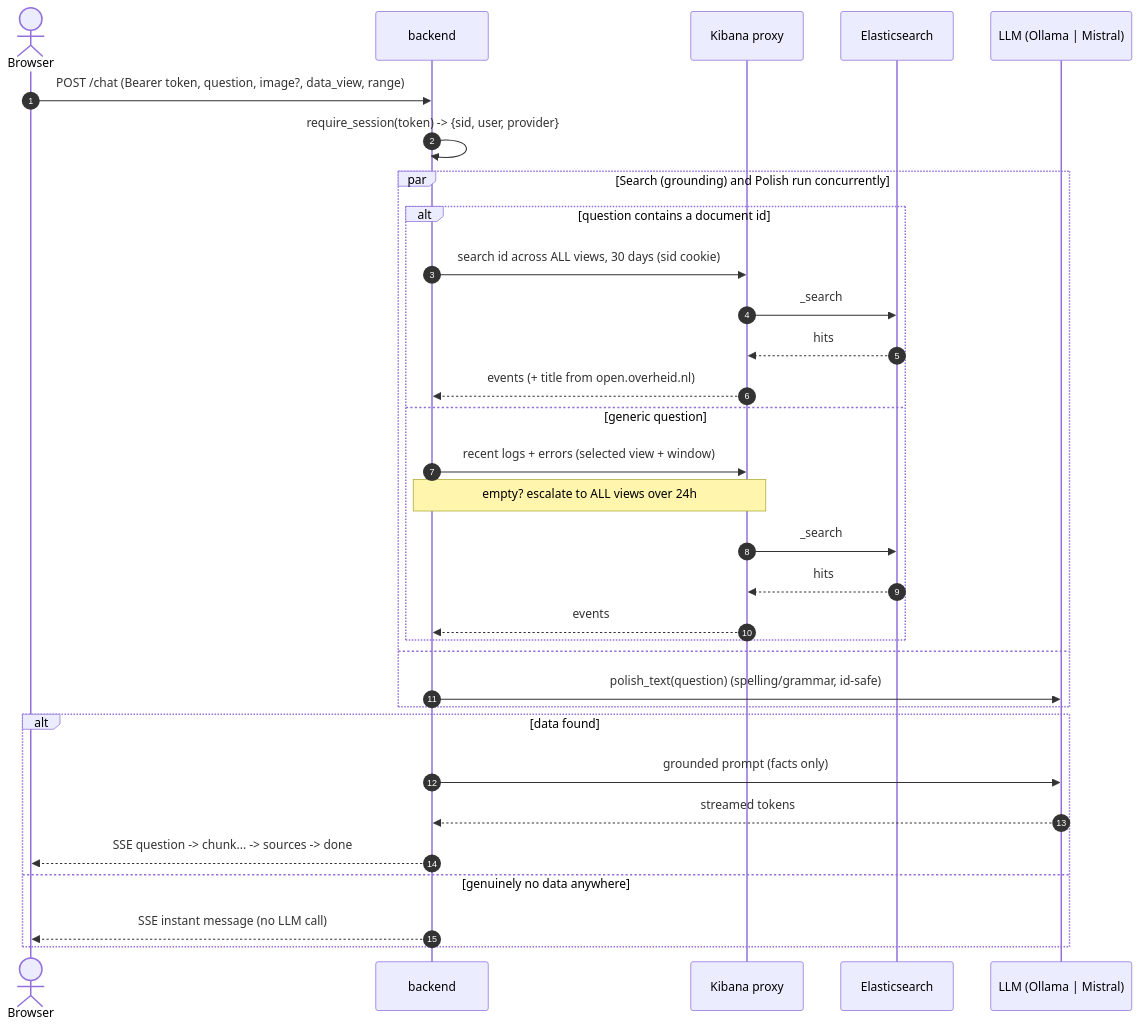
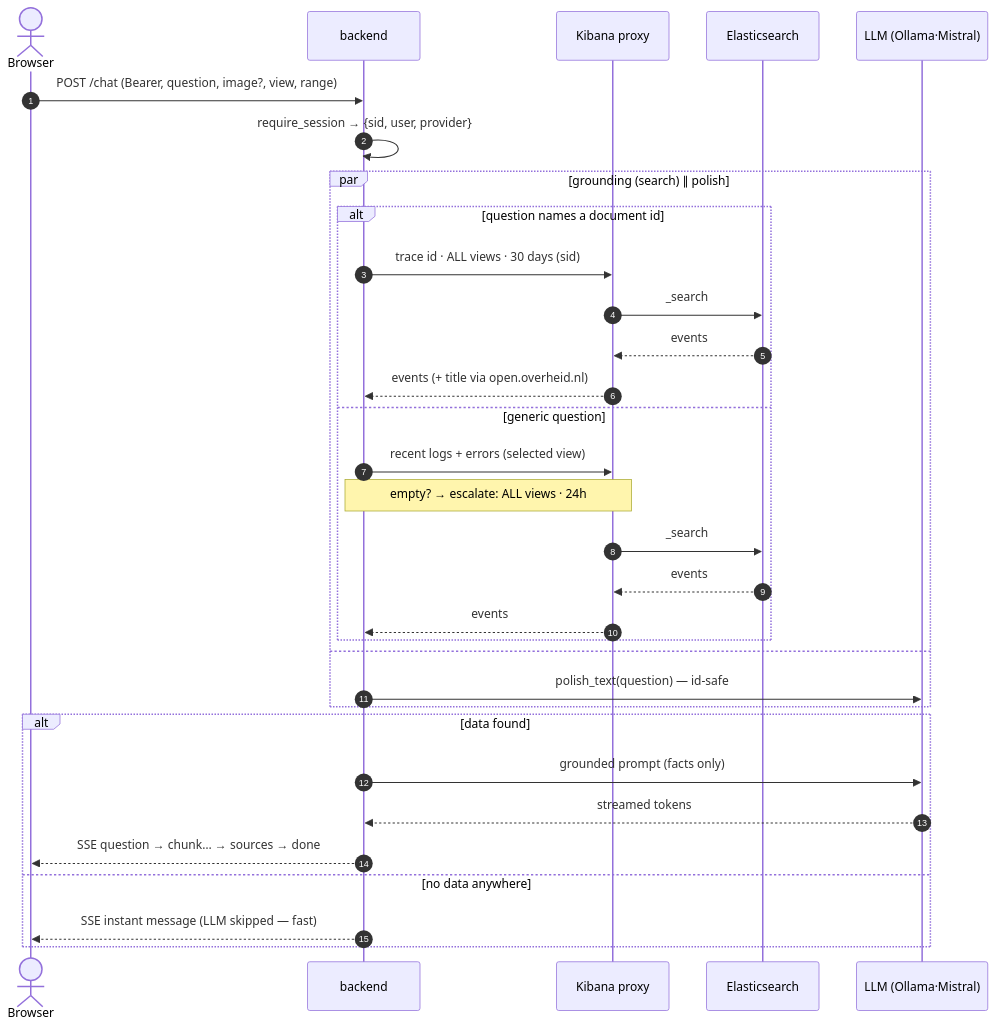
The third of 8 diagrams in docs/KIBANA-OO/Architecture.md (virimbo/kibana-oo), drawn with Mermaid before and after one commit. The commit also changed other lines of this file, not shown here.

First line of the commit message:
docs(architecture): polish — themed diagrams, resilience + triage, quality scorecard

````diff
--- a/docs/KIBANA-OO/Architecture.md
+++ b/docs/KIBANA-OO/Architecture.md
@@ -103,37 +122,37 @@
 ```mermaid
 sequenceDiagram
     autonumber
     actor U as Browser
     participant BE as backend
     participant KB as Kibana proxy
     participant ES as Elasticsearch
-    participant LLM as LLM (Ollama | Mistral)
+    participant LLM as LLM (Ollama·Mistral)
 
-    U->>BE: POST /chat (Bearer token, question, image?, data_view, range)
-    BE->>BE: require_session(token) -> {sid, user, provider}
+    U->>BE: POST /chat (Bearer, question, image?, view, range)
+    BE->>BE: require_session → {sid, user, provider}
 
-    par Search (grounding) and Polish run concurrently
-        alt question contains a document id
-            BE->>KB: search id across ALL views, 30 days (sid cookie)
+    par grounding (search) ∥ polish
+        alt question names a document id
+            BE->>KB: trace id · ALL views · 30 days (sid)
             KB->>ES: _search
-            ES-->>KB: hits
-            KB-->>BE: events  (+ title from open.overheid.nl)
+            ES-->>KB: events
+            KB-->>BE: events  (+ title via open.overheid.nl)
         else generic question
-            BE->>KB: recent logs + errors (selected view + window)
-            Note over BE,KB: empty? escalate to ALL views over 24h
+            BE->>KB: recent logs + errors (selected view)
+            Note over BE,KB: empty? → escalate: ALL views · 24h
             KB->>ES: _search
-            ES-->>KB: hits
+            ES-->>KB: events
             KB-->>BE: events
         end
     and
-        BE->>LLM: polish_text(question)  (spelling/grammar, id-safe)
+        BE->>LLM: polish_text(question) — id-safe
     end
 
     alt data found
         BE->>LLM: grounded prompt (facts only)
         LLM-->>BE: streamed tokens
-        BE-->>U: SSE  question -> chunk... -> sources -> done
-    else genuinely no data anywhere
-        BE-->>U: SSE instant message (no LLM call)
+        BE-->>U: SSE  question → chunk… → sources → done
+    else no data anywhere
+        BE-->>U: SSE instant message (LLM skipped — fast)
     end
 ```
````
